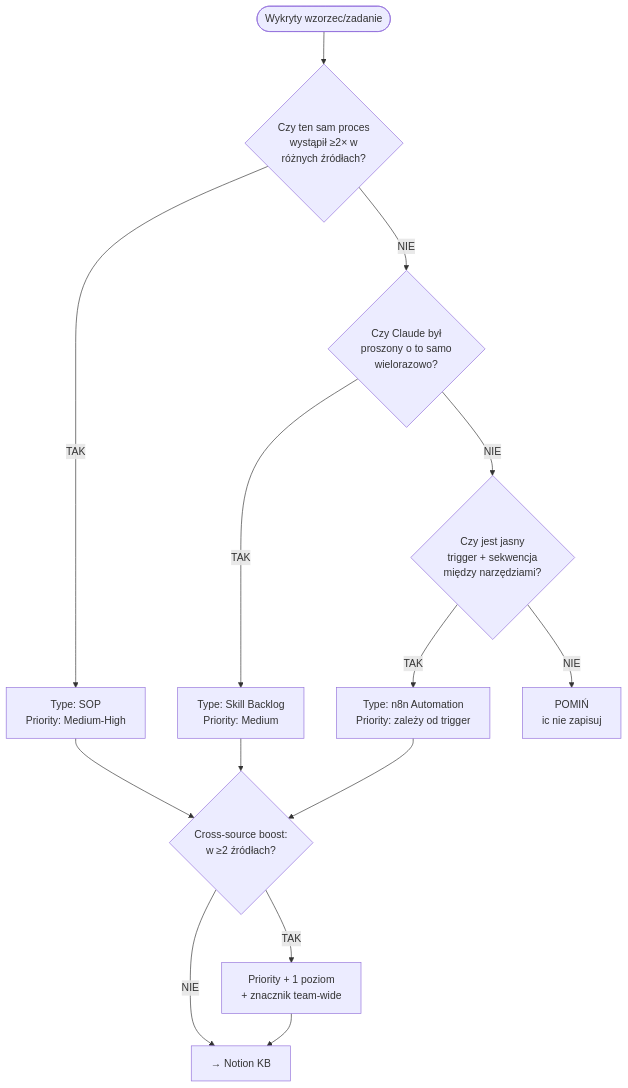
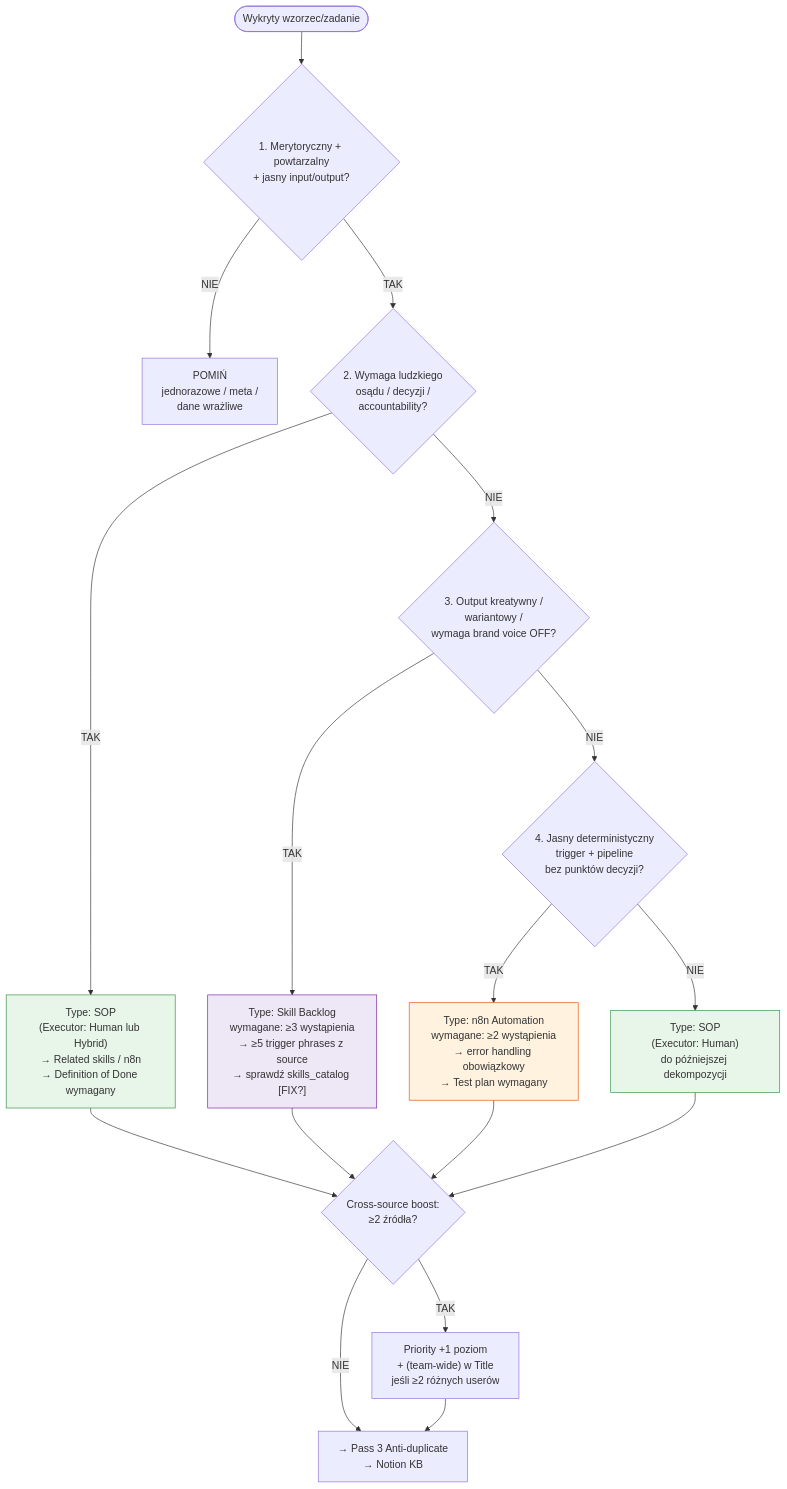
The fifth of 5 diagrams in FLOW.md (msm-glitch/knowledge-base), drawn with Mermaid before and after one commit. The commit also changed other lines of this file, not shown here.

First line of the commit message:
Update FLOW.md per v2.1: hierarchia SOP root diagram, 4-step decision tree, rozszerzony ER z Owner/Parent_SOP/Credentials/Test_plan

````diff
--- a/FLOW.md
+++ b/FLOW.md
@@ -124,25 +200,34 @@
 ```mermaid
 flowchart TD
-    START([Wykryty wzorzec/zadanie]) --> Q1
+    START([Wykryty wzorzec/zadanie]) --> Q0
 
-    Q1{Czy ten sam proces\nwystąpił ≥2× w\nróżnych źródłach?}
-    Q1 -->|TAK| SOP[Type: SOP\nPriority: Medium-High]
+    Q0{"1. Merytoryczny + powtarzalny\n+ jasny input/output?"}
+    Q0 -->|NIE| SKIP[POMIŃ\njedno­razowe / meta /\ndane wrażliwe]
+    Q0 -->|TAK| Q1
+
+    Q1{"2. Wymaga ludzkiego\nosądu / decyzji /\naccountability?"}
+    Q1 -->|TAK| SOP["Type: SOP\n(Executor: Human lub Hybrid)\n→ Related skills / n8n\n→ Definition of Done wymagany"]:::sop
     Q1 -->|NIE| Q2
 
-    Q2{Czy Claude był\nproszony o to samo\nwielorazowo?}
-    Q2 -->|TAK| SKILL[Type: Skill Backlog\nPriority: Medium]
+    Q2{"3. Output kreatywny /\nwariantowy /\nwymaga brand voice OFF?"}
+    Q2 -->|TAK| SKILL["Type: Skill Backlog\nwymagane: ≥3 wystąpienia\n→ ≥5 trigger phrases z source\n→ sprawdź skills_catalog [FIX?]"]:::skill
     Q2 -->|NIE| Q3
 
-    Q3{Czy jest jasny\ntrigger + sekwencja\nmiędzy narzędziami?}
-    Q3 -->|TAK| N8N[Type: n8n Automation\nPriority: zależy od trigger]
-    Q3 -->|NIE| SKIP[POMIŃ\nic nie zapisuj]
+    Q3{"4. Jasny deterministyczny\ntrigger + pipeline\nbez punktów decyzji?"}
+    Q3 -->|TAK| N8N["Type: n8n Automation\nwymagane: ≥2 wystąpienia\n→ error handling obowiązkowy\n→ Test plan wymagany"]:::n8n
+    Q3 -->|NIE| SOP2["Type: SOP\n(Executor: Human)\ndo późniejszej dekompozycji"]:::sop
 
     SOP --> BOOST
     SKILL --> BOOST
     N8N --> BOOST
+    SOP2 --> BOOST
 
-    BOOST{Cross-source boost:\nw ≥2 źródłach?}
-    BOOST -->|TAK| UP[Priority + 1 poziom\n+ znacznik team-wide]
-    BOOST -->|NIE| NOTION[→ Notion KB]
+    BOOST{"Cross-source boost:\n≥2 źródła?"}
+    BOOST -->|TAK| UP["Priority +1 poziom\n+ (team-wide) w Title\njeśli ≥2 różnych userów"]
+    BOOST -->|NIE| NOTION[→ Pass 3 Anti-duplicate\n→ Notion KB]
     UP --> NOTION
+
+    classDef sop fill:#e8f5e9,stroke:#388e3c,color:#333
+    classDef skill fill:#ede7f6,stroke:#7b1fa2,color:#333
+    classDef n8n fill:#fff3e0,stroke:#e65100,color:#333
 ```
````
